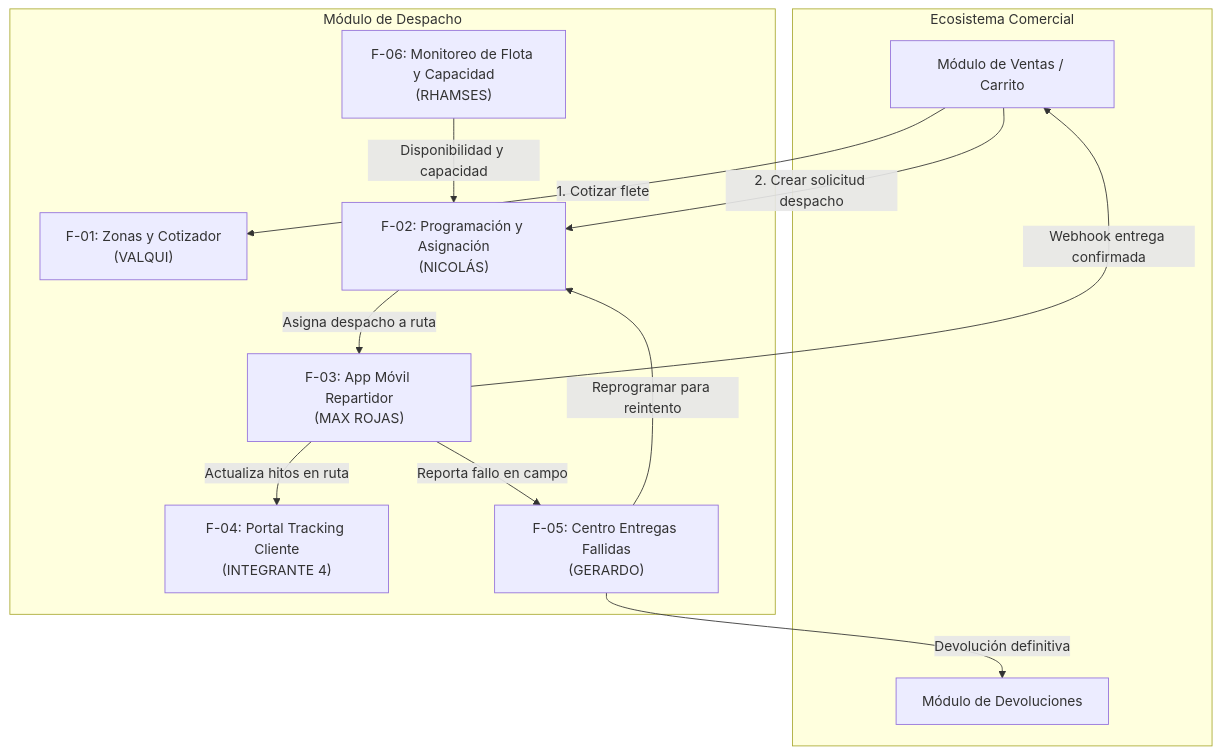
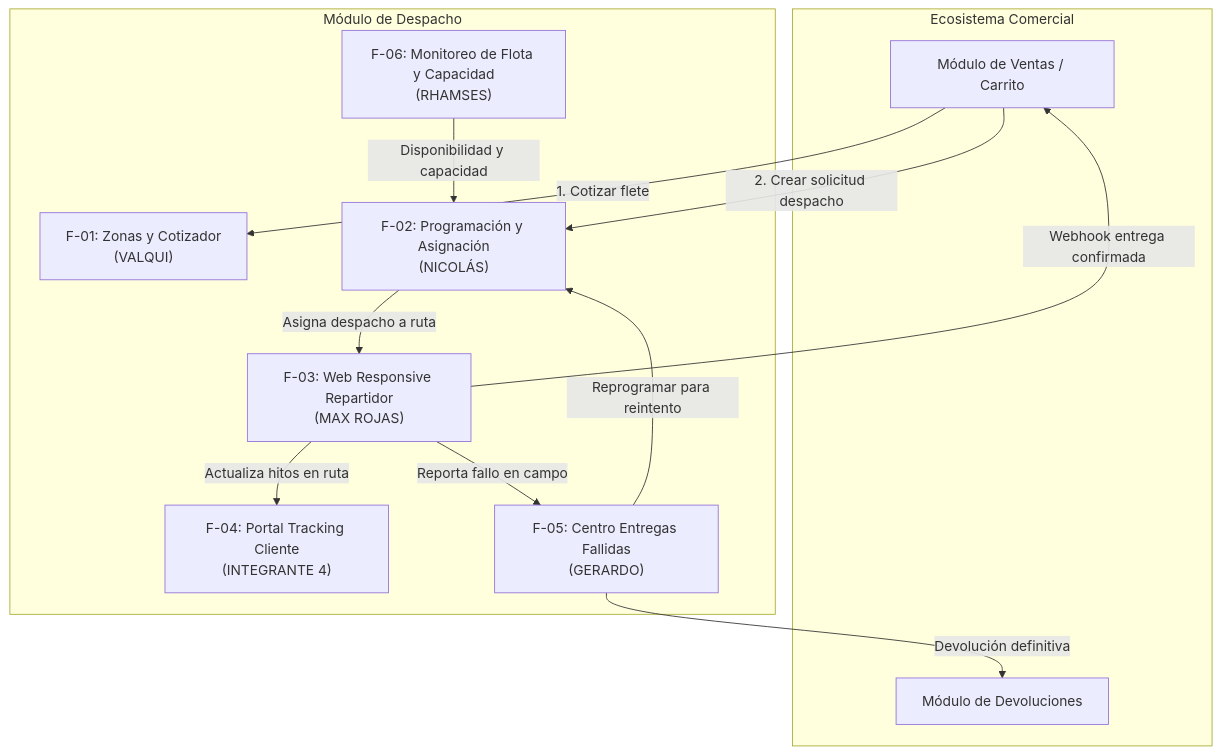
Before and after one commit to Taller-SW-Web/G2-Despacho-Specs: the first of 2 diagrams in specs/overview.md, drawn with Mermaid. The commit also changed other lines of this file and 10 other files, not shown here.

Commit message:
docs: unificar funcionalidades y alcance web responsive

````diff
--- a/specs/overview.md
+++ b/specs/overview.md
@@ -206,26 +206,26 @@
 ```mermaid
 graph TD
     subgraph Canales_Externos [Ecosistema Comercial]
         Ventas[Módulo de Ventas / Carrito]
         Devoluciones[Módulo de Devoluciones]
     end
 
     subgraph Modulo_Despacho [Módulo de Despacho]
         F01["F-01: Zonas y Cotizador<br>(VALQUI)"]
         F02["F-02: Programación y Asignación<br>(NICOLÁS)"]
         F06["F-06: Monitoreo de Flota y Capacidad<br>(RHAMSES)"]
-        F03["F-03: App Móvil Repartidor<br>(MAX ROJAS)"]
+        F03["F-03: Web Responsive Repartidor<br>(MAX ROJAS)"]
         F04["F-04: Portal Tracking Cliente<br>(INTEGRANTE 4)"]
         F05["F-05: Centro Entregas Fallidas<br>(GERARDO)"]
     end
 
     Ventas -->|1. Cotizar flete| F01
     Ventas -->|2. Crear solicitud despacho| F02
     F06 -->|Disponibilidad y capacidad| F02
     F02 -->|Asigna despacho a ruta| F03
     F03 -->|Actualiza hitos en ruta| F04
     F03 -->|Reporta fallo en campo| F05
     F05 -->|Reprogramar para reintento| F02
     F05 -->|Devolución definitiva| Devoluciones
     F03 -->|Webhook entrega confirmada| Ventas
 ```
````
